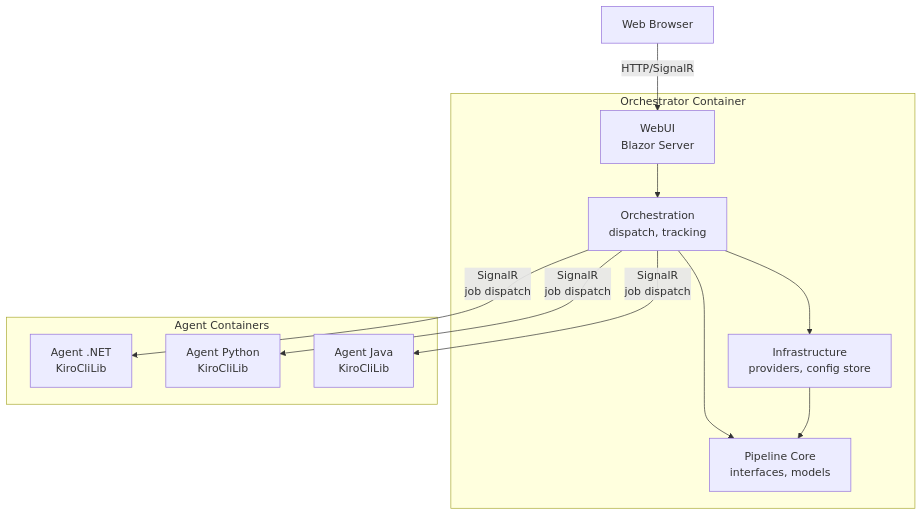
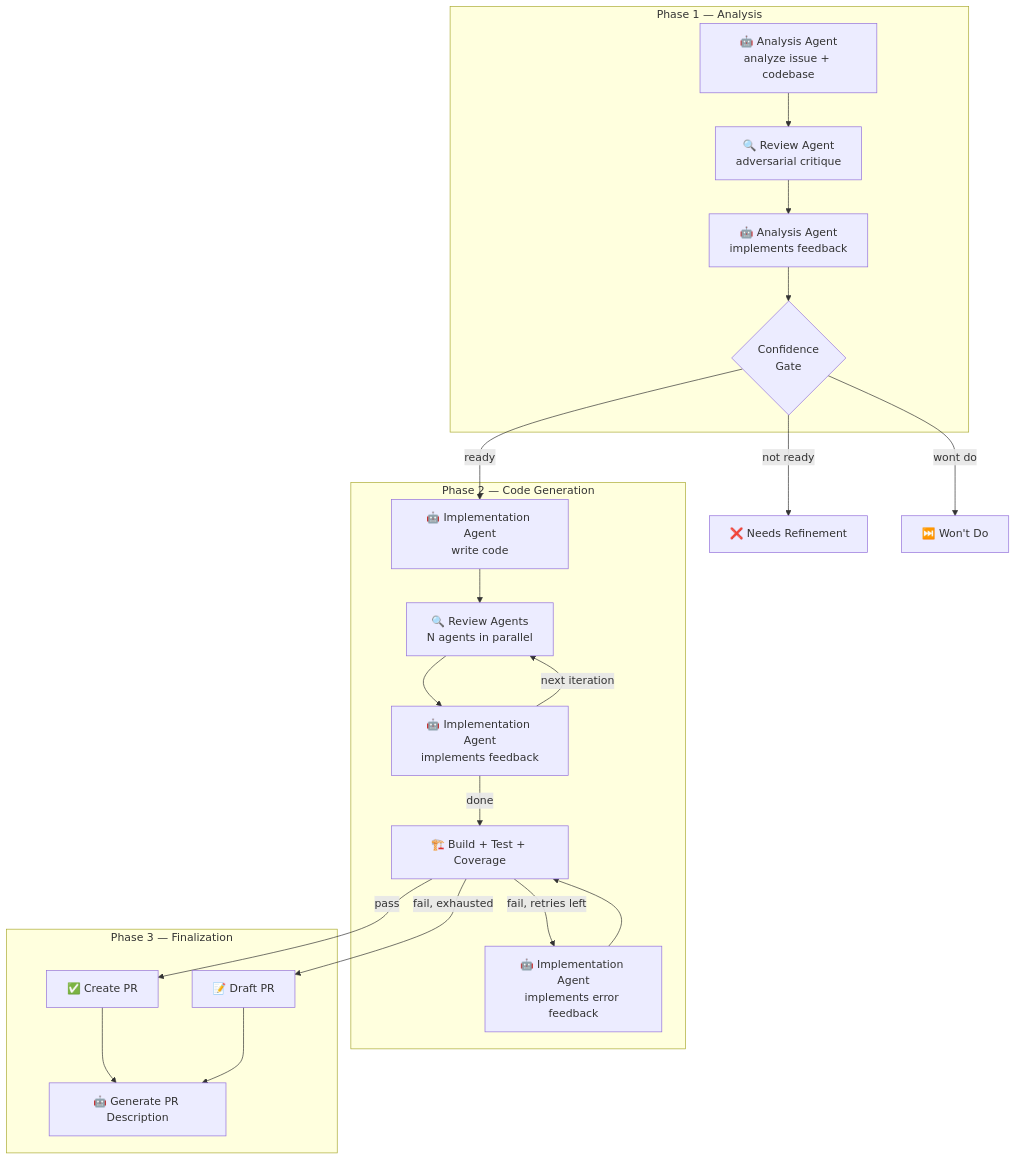
The first of 3 diagrams in README.md (Chemsorly/coding-agent-automation), drawn with Mermaid before and after one commit. The commit also changed other lines of this file and 12 other files, not shown here.

````diff
--- a/README.md
+++ b/README.md
@@ -349,26 +33,44 @@
 ```mermaid
-graph TB
-    Browser[Web Browser]
-    
-    subgraph Orchestrator["Orchestrator Container"]
-        WebUI[WebUI<br/>Blazor Server]
-        Orch[Orchestration<br/>dispatch, tracking]
-        Infra[Infrastructure<br/>providers, config store]
-        Core[Pipeline Core<br/>interfaces, models]
+flowchart TD
+    subgraph Phase1["Phase 1 — Analysis"]
+        A1[🤖 Analysis Agent<br/>analyze issue + codebase]
+        A2[🔍 Review Agent<br/>adversarial critique]
+        A3[🤖 Analysis Agent<br/>implements feedback]
+        A5{Confidence<br/>Gate}
+
+        A1 --> A2
+        A2 --> A3
+        A3 --> A5
     end
-    
-    subgraph Agents["Agent Containers"]
-        A1[Agent .NET<br/>KiroCliLib]
-        A2[Agent Python<br/>KiroCliLib]
-        A3[Agent Java<br/>KiroCliLib]
+
+    A5 -->|not ready| FAIL1[❌ Needs Refinement]
+    A5 -->|wont do| SKIP[⏭️ Won't Do]
+    A5 -->|ready| B1
+
+    subgraph Phase2["Phase 2 — Code Generation"]
+        B1[🤖 Implementation Agent<br/>write code]
+        C1[🔍 Review Agents<br/>N agents in parallel]
+        C2[🤖 Implementation Agent<br/>implements feedback]
+        D1[🏗️ Build + Test + Coverage]
+        D2[🤖 Implementation Agent<br/>implements error feedback]
+
+        B1 --> C1
+        C1 --> C2
+        C2 -->|next iteration| C1
+        C2 -->|done| D1
+        D1 -->|fail, retries left| D2
+        D2 --> D1
     end
-    
-    Browser -->|HTTP/SignalR| WebUI
-    WebUI --> Orch
-    Orch --> Infra
-    Orch --> Core
-    Infra --> Core
-    Orch -->|SignalR<br/>job dispatch| A1
-    Orch -->|SignalR<br/>job dispatch| A2
-    Orch -->|SignalR<br/>job dispatch| A3
+
+    D1 -->|pass| E1
+    D1 -->|fail, exhausted| E2
+
+    subgraph Phase3["Phase 3 — Finalization"]
+        E1[✅ Create PR]
+        E2[📝 Draft PR]
+        E3[🤖 Generate PR Description]
+
+        E1 --> E3
+        E2 --> E3
+    end
 ```
````
